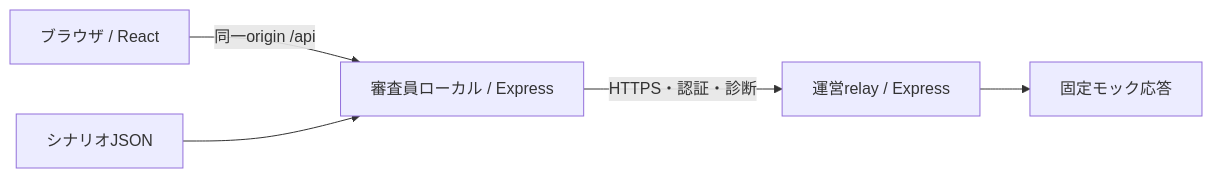
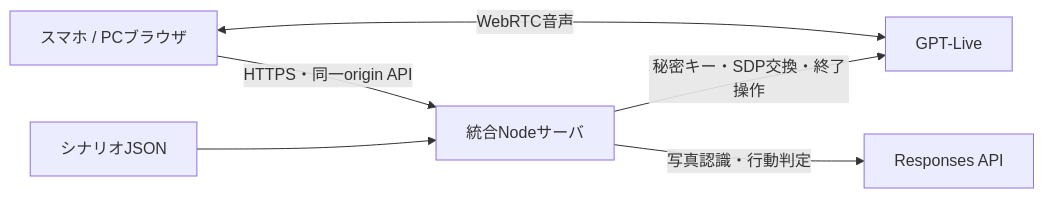
Before and after one commit to VR-IMAGINATORS/OpenAI-Hackathon: the diagram in docs/architecture.md, drawn with Mermaid. The commit also changed other lines of this file and 83 other files, not shown here.

````diff
--- a/docs/architecture.md
+++ b/docs/architecture.md
@@ -5,7 +3,8 @@
 ```mermaid
 flowchart LR
-  A[ブラウザ / React] -->|同一origin /api| B[審査員ローカル / Express]
-  B -->|HTTPS・認証・診断| C[運営relay / Express]
-  C --> D[固定モック応答]
+  A[スマホ / PCブラウザ] -->|HTTPS・同一origin API| B[統合Nodeサーバ]
+  A <-->|WebRTC音声| C[GPT-Live]
+  B -->|秘密キー・SDP交換・終了操作| C
+  B -->|写真認識・行動判定| D[Responses API]
   E[シナリオJSON] --> B
 ```
````
